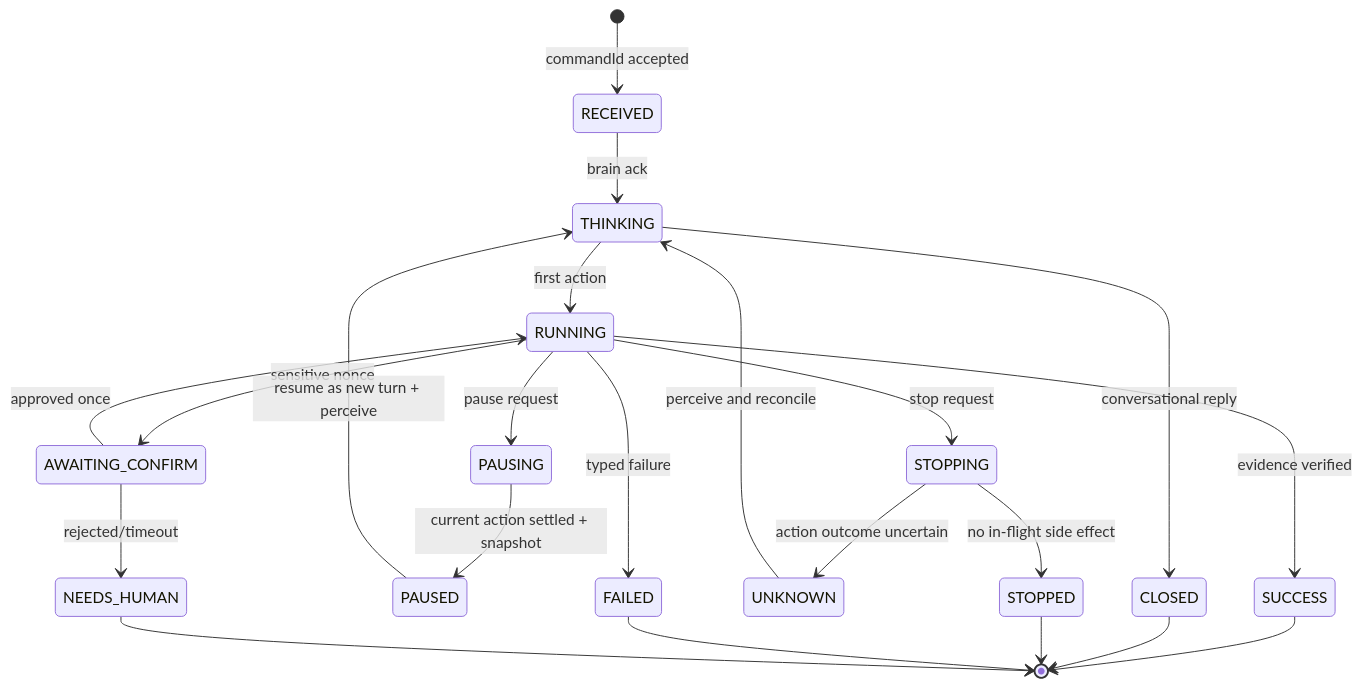
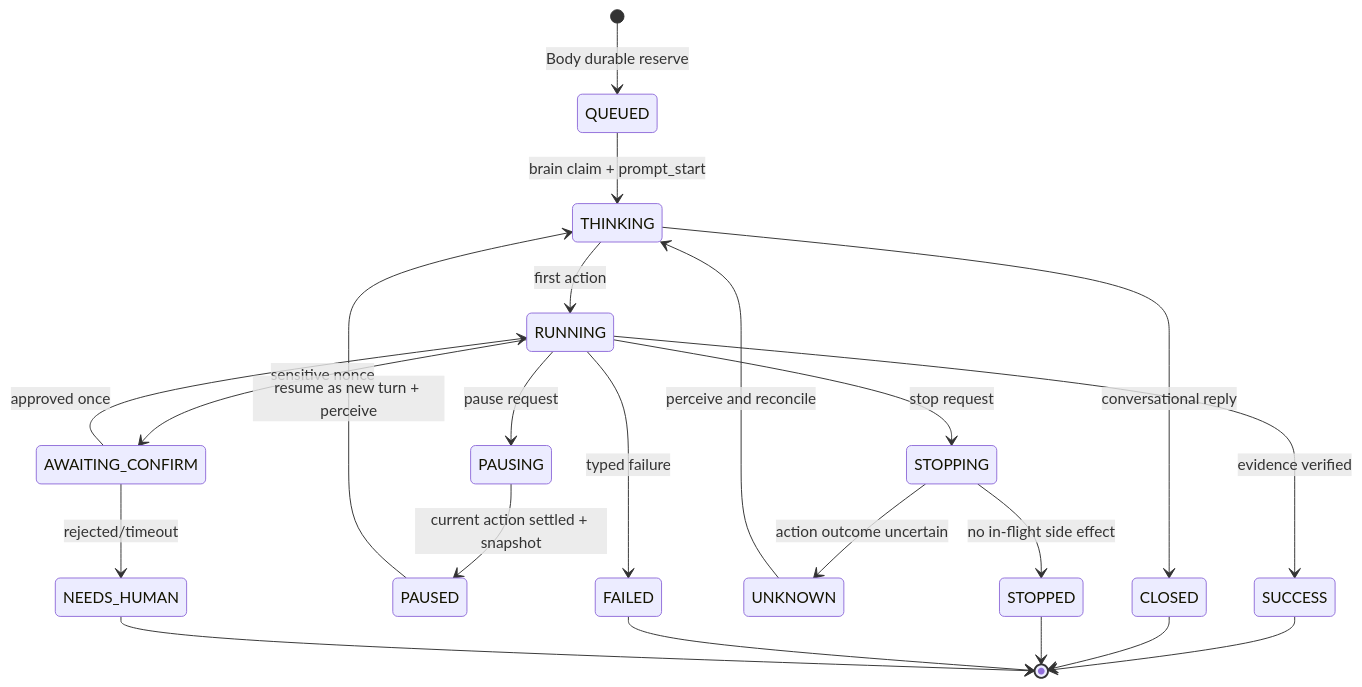
Before and after one commit to taomic2035/SuperAgent-Android: the second of 6 diagrams in docs/17-当前方案设计.md, drawn with Mermaid. The commit also changed other lines of this file and 11 other files, not shown here.

````diff
--- a/docs/17-当前方案设计.md
+++ b/docs/17-当前方案设计.md
@@ -54,24 +55,24 @@
 ```mermaid
 stateDiagram-v2
-  [*] --> RECEIVED: commandId accepted
-  RECEIVED --> THINKING: brain ack
+  [*] --> QUEUED: Body durable reserve
+  QUEUED --> THINKING: brain claim + prompt_start
   THINKING --> RUNNING: first action
   RUNNING --> AWAITING_CONFIRM: sensitive nonce
   AWAITING_CONFIRM --> RUNNING: approved once
   AWAITING_CONFIRM --> NEEDS_HUMAN: rejected/timeout
   RUNNING --> PAUSING: pause request
   PAUSING --> PAUSED: current action settled + snapshot
   PAUSED --> THINKING: resume as new turn + perceive
   RUNNING --> STOPPING: stop request
   STOPPING --> STOPPED: no in-flight side effect
   STOPPING --> UNKNOWN: action outcome uncertain
   UNKNOWN --> THINKING: perceive and reconcile
   RUNNING --> SUCCESS: evidence verified
   THINKING --> CLOSED: conversational reply
   RUNNING --> FAILED: typed failure
   SUCCESS --> [*]
   CLOSED --> [*]
   STOPPED --> [*]
   FAILED --> [*]
   NEEDS_HUMAN --> [*]
 ```
````
